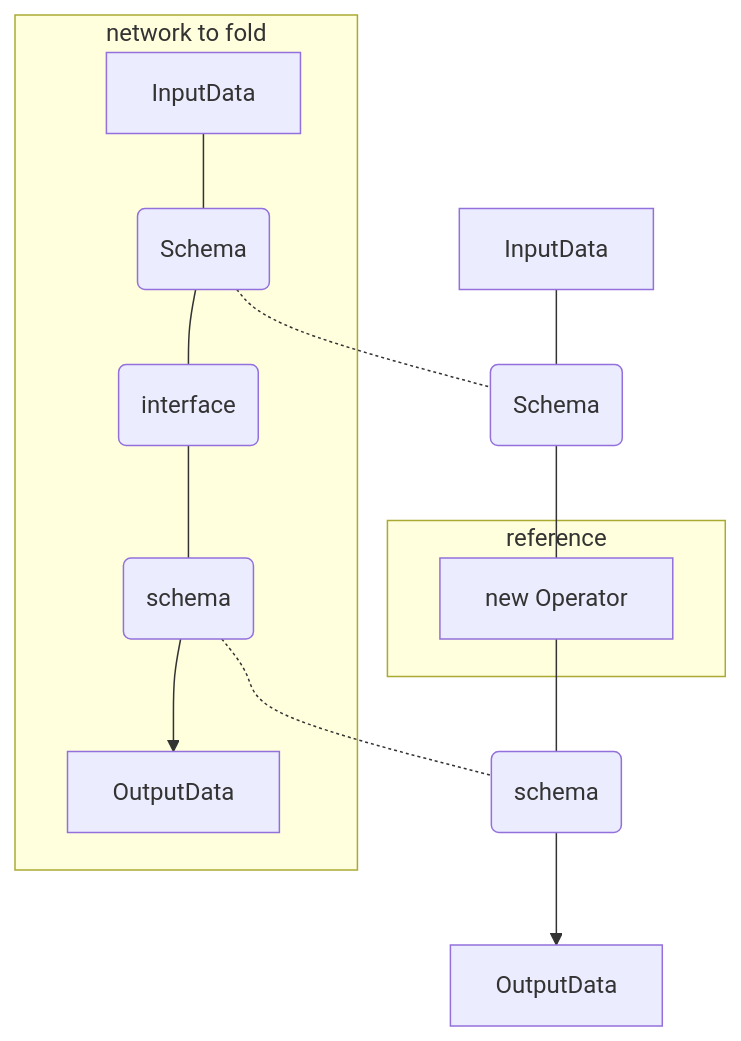
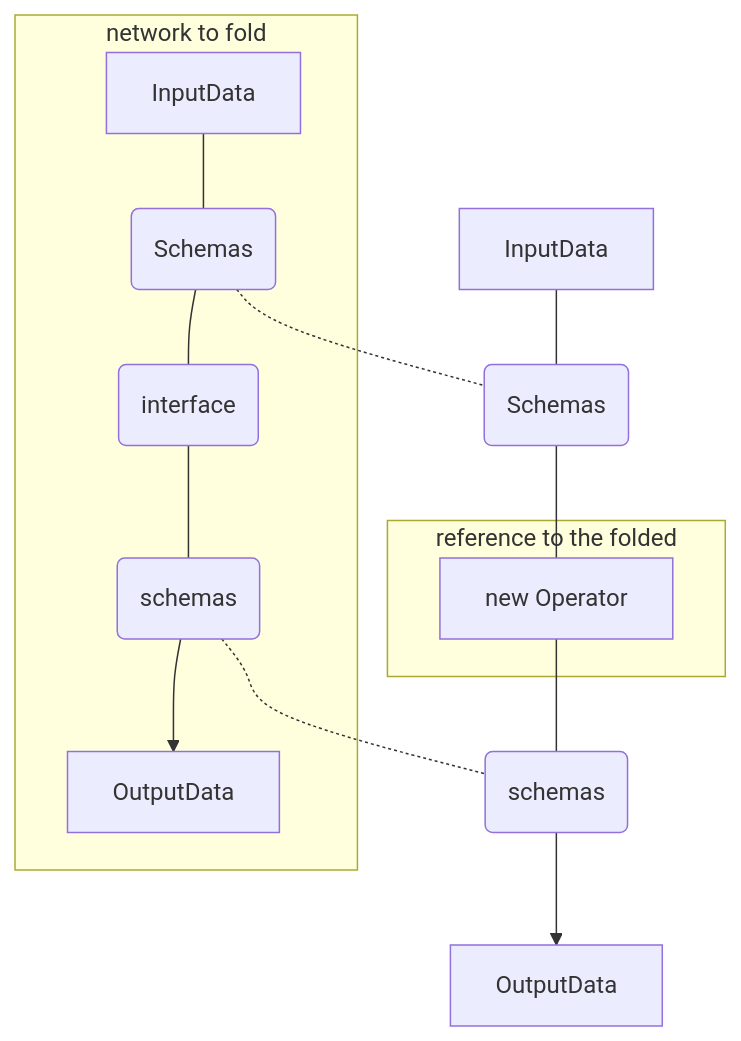
Before and after one commit to windwhiterain/Elf: diagram 11 of 11 in readme.md, drawn with Mermaid. The commit also changed other lines of this file, not shown here.

````diff
--- a/readme.md
+++ b/readme.md
@@ -226,21 +226,21 @@
 ```mermaid
 graph TB
     subgraph g1[network to fold]
         in1[InputData]
         out1[OutputData]
         int1(interface)
-        sc1(Schema)
-        sc2(schema)
+        sc1(Schemas)
+        sc2(schemas)
         in1--- sc1--- int1--- sc2 -->out1
     end
     in2[InputData]
     out2[OutputData]
-    sc3(Schema)
-    sc4(schema)
-    subgraph g3[reference]
+    sc3(Schemas)
+    sc4(schemas)
+    subgraph g3[reference to the folded]
         op1[new Operator]
     end
     sc1-.-sc3
     sc2-.-sc4
     in2--- sc3--- op1--- sc4-->out2
 ```
````
